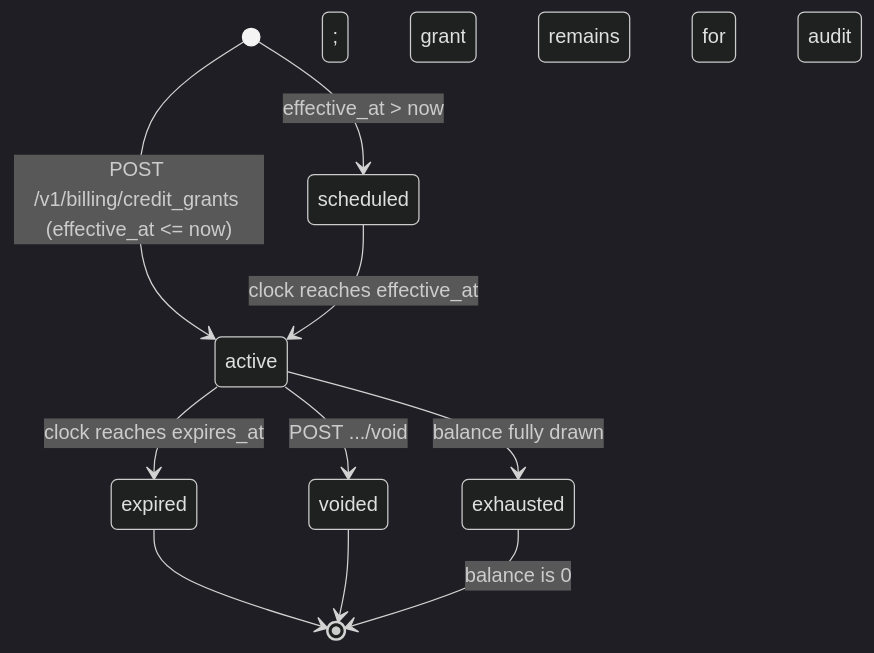
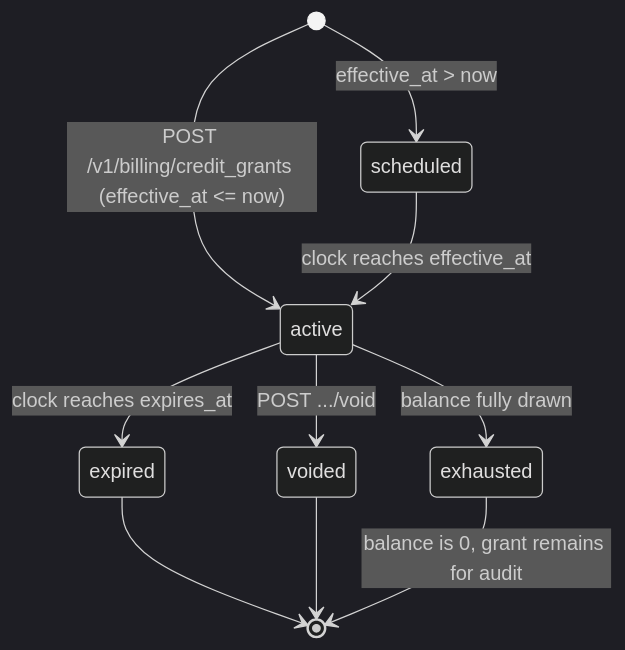
Before and after one commit to ngtranthanhtoan/stripe-documentation: the first of 2 diagrams in 06-billing/billing-credit-grants.md, drawn with Mermaid (dark theme). The commit also changed 3 other files, not shown here.

Commit message:
improve diagram

````diff
--- a/06-billing/billing-credit-grants.md
+++ b/06-billing/billing-credit-grants.md
@@ -31,12 +31,12 @@
 ```mermaid
 stateDiagram-v2
     [*] --> active: POST /v1/billing/credit_grants (effective_at <= now)
     [*] --> scheduled: effective_at > now
     scheduled --> active: clock reaches effective_at
     active --> expired: clock reaches expires_at
     active --> voided: POST .../void
     active --> exhausted: balance fully drawn
     expired --> [*]
     voided --> [*]
-    exhausted --> [*]: balance is 0; grant remains for audit
+    exhausted --> [*]: balance is 0, grant remains for audit
 ```
````
